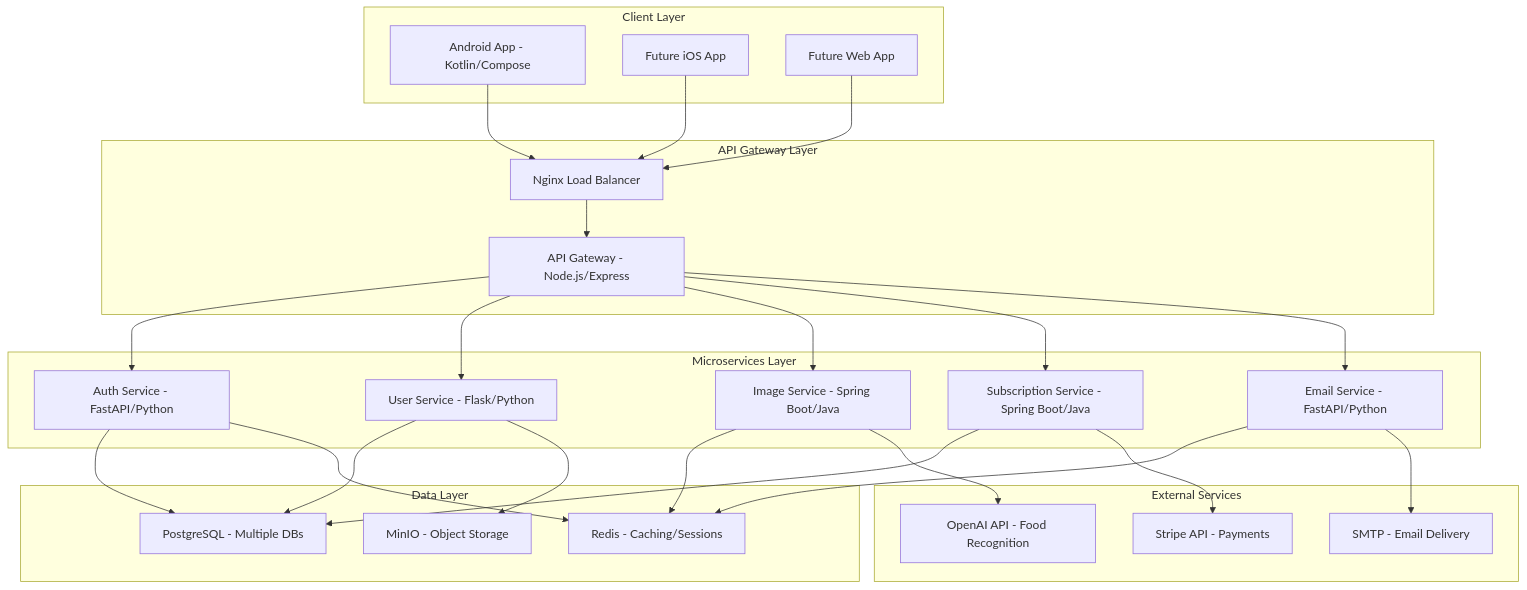
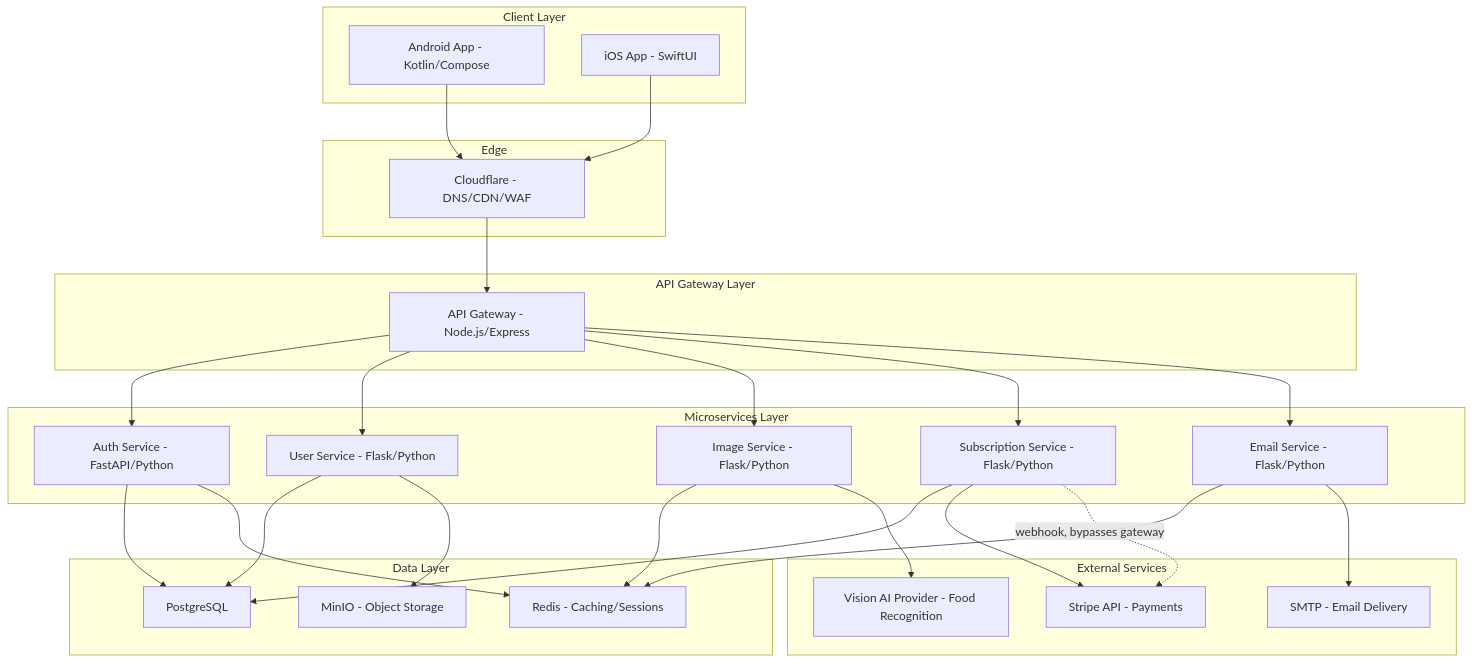
The first of 4 diagrams in README.md (Oladapo01/nourishgenie-docs), drawn with Mermaid before and after one commit. The commit also changed other lines of this file, not shown here.

````diff
--- a/README.md
+++ b/README.md
@@ -50,53 +49,55 @@
 ```mermaid
 graph TB
     subgraph "Client Layer"
         A[Android App - Kotlin/Compose]
-        B[Future iOS App]
-        C[Future Web App]
+        A2[iOS App - SwiftUI]
     end
-    
+
+    subgraph "Edge"
+        CF[Cloudflare - DNS/CDN/WAF]
+    end
+
     subgraph "API Gateway Layer"
-        D[Nginx Load Balancer]
         E[API Gateway - Node.js/Express]
     end
-    
+
     subgraph "Microservices Layer"
         F[Auth Service - FastAPI/Python]
         G[User Service - Flask/Python]
-        H[Image Service - Spring Boot/Java]
-        I[Subscription Service - Spring Boot/Java]
-        J[Email Service - FastAPI/Python]
+        H[Image Service - Flask/Python]
+        I[Subscription Service - Flask/Python]
+        J[Email Service - Flask/Python]
     end
-    
+
     subgraph "Data Layer"
-        K[PostgreSQL - Multiple DBs]
+        K[PostgreSQL]
         L[Redis - Caching/Sessions]
         M[MinIO - Object Storage]
     end
-    
+
     subgraph "External Services"
-        N[OpenAI API - Food Recognition]
+        N[Vision AI Provider - Food Recognition]
         O[Stripe API - Payments]
         P[SMTP - Email Delivery]
     end
-    
-    A --> D
-    B --> D
-    C --> D
-    D --> E
+
+    A --> CF
+    A2 --> CF
+    CF --> E
     E --> F
     E --> G
     E --> H
     E --> I
     E --> J
     F --> K
     F --> L
     G --> K
     G --> M
     H --> L
     H --> N
     I --> K
     I --> O
+    I -.->|webhook, bypasses gateway| O
     J --> L
     J --> P
 ```
````
